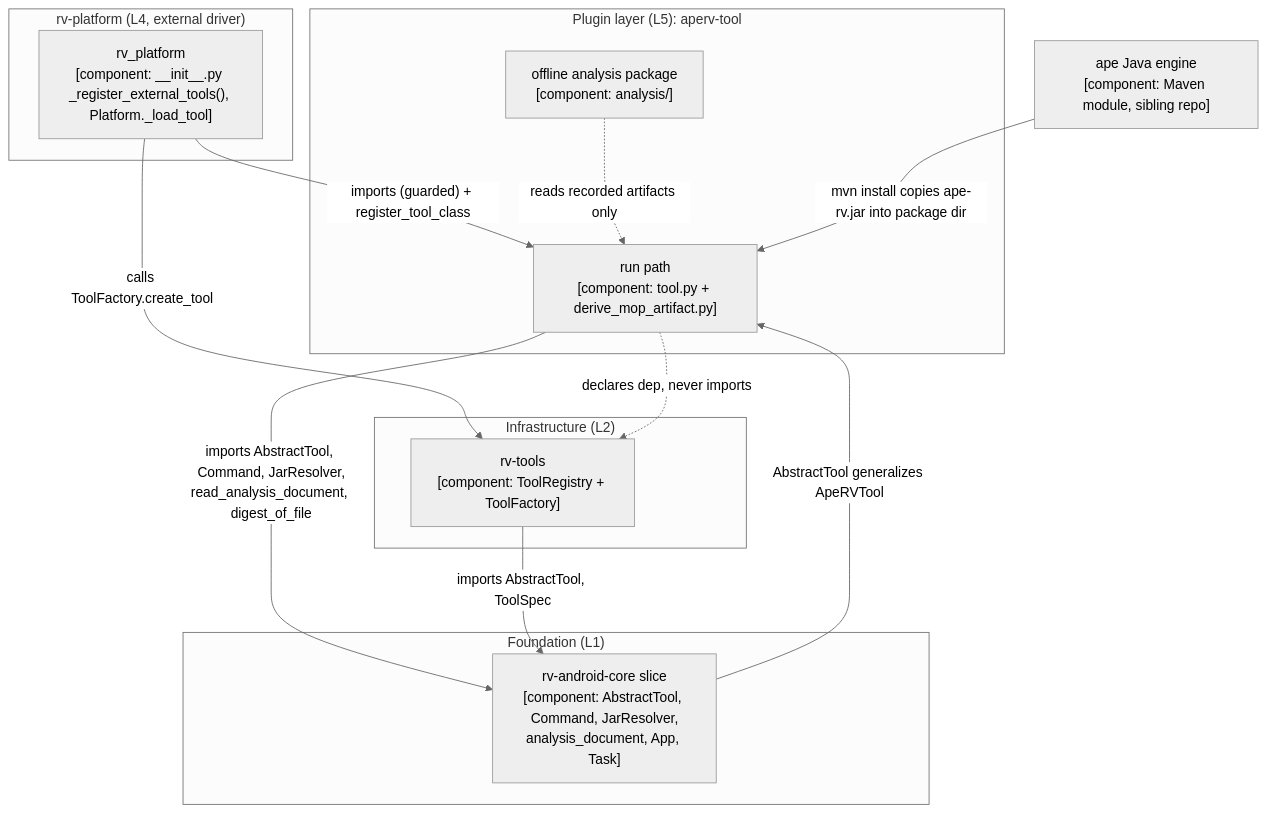
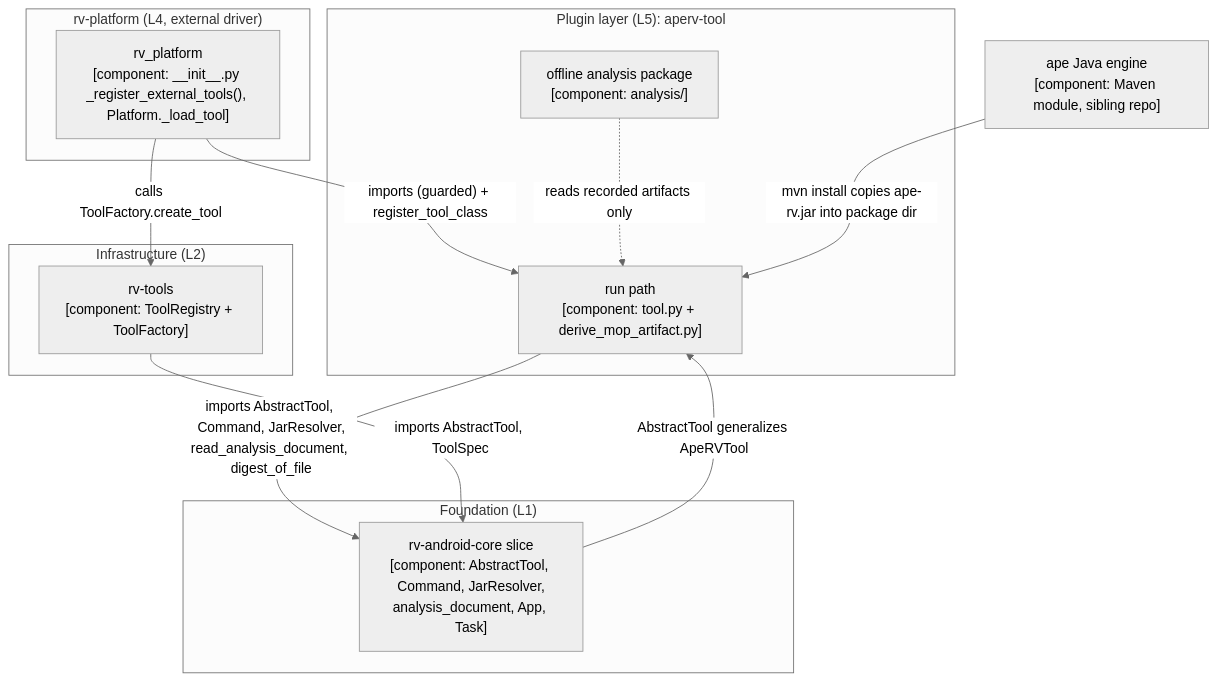
The second of 6 diagrams in rv-android/docs/architecture/ape-rv.md (PAMunb/rvsec), drawn with Mermaid before and after one commit. The commit also changed other lines of this file and 45 other files, not shown here.

````diff
--- a/rv-android/docs/architecture/ape-rv.md
+++ b/rv-android/docs/architecture/ape-rv.md
@@ -693,29 +693,28 @@
 ```mermaid
 %%{init: {'theme': 'neutral'}}%%
 flowchart TB
     %% Source: modules/rv-platform/src/rv_platform/__init__.py, modules/rv-platform/src/rv_platform/platform.py, modules/aperv-tool/src/aperv_tool/, modules/aperv-tool/pyproject.toml, modules/rv-tools/src/rv_tools/registry/, modules/rv-android-core/src/rv_android_core/tools/, modules/rv-android-core/src/rv_android_core/commands/, modules/rv-android-core/src/rv_android_core/util/jar_resolver.py, modules/rv-android-core/src/rv_android_core/util/analysis_document.py, ../../ape/pom.xml
     %% Omitted: rv-android-core logging, error handling and constants (cross-cutting); the engine's internal packages (Diagram 3)
     subgraph host_l4 ["rv-platform (L4, external driver)"]
         rvplatform["rv_platform<br/>[component: __init__.py _register_external_tools(), Platform._load_tool]"]
     end
     subgraph l5 ["Plugin layer (L5): aperv-tool"]
         runpath["run path<br/>[component: tool.py + derive_mop_artifact.py]"]
         offline["offline analysis package<br/>[component: analysis/]"]
     end
     subgraph l2 ["Infrastructure (L2)"]
         rvtools["rv-tools<br/>[component: ToolRegistry + ToolFactory]"]
     end
     subgraph l1 ["Foundation (L1)"]
         core["rv-android-core slice<br/>[component: AbstractTool, Command, JarResolver,<br/>analysis_document, App, Task]"]
     end
     apeengine["ape Java engine<br/>[component: Maven module, sibling repo]"]
 
     rvplatform -->|"imports (guarded) + register_tool_class"| runpath
     rvplatform -->|"calls ToolFactory.create_tool"| rvtools
     runpath -->|"imports AbstractTool, Command, JarResolver,<br/>read_analysis_document, digest_of_file"| core
-    runpath -.->|"declares dep, never imports"| rvtools
     rvtools -->|"imports AbstractTool, ToolSpec"| core
     core -->|"AbstractTool generalizes ApeRVTool"| runpath
     offline -.->|"reads recorded artifacts only"| runpath
     apeengine -->|"mvn install copies ape-rv.jar into package dir"| runpath
 ```
````
